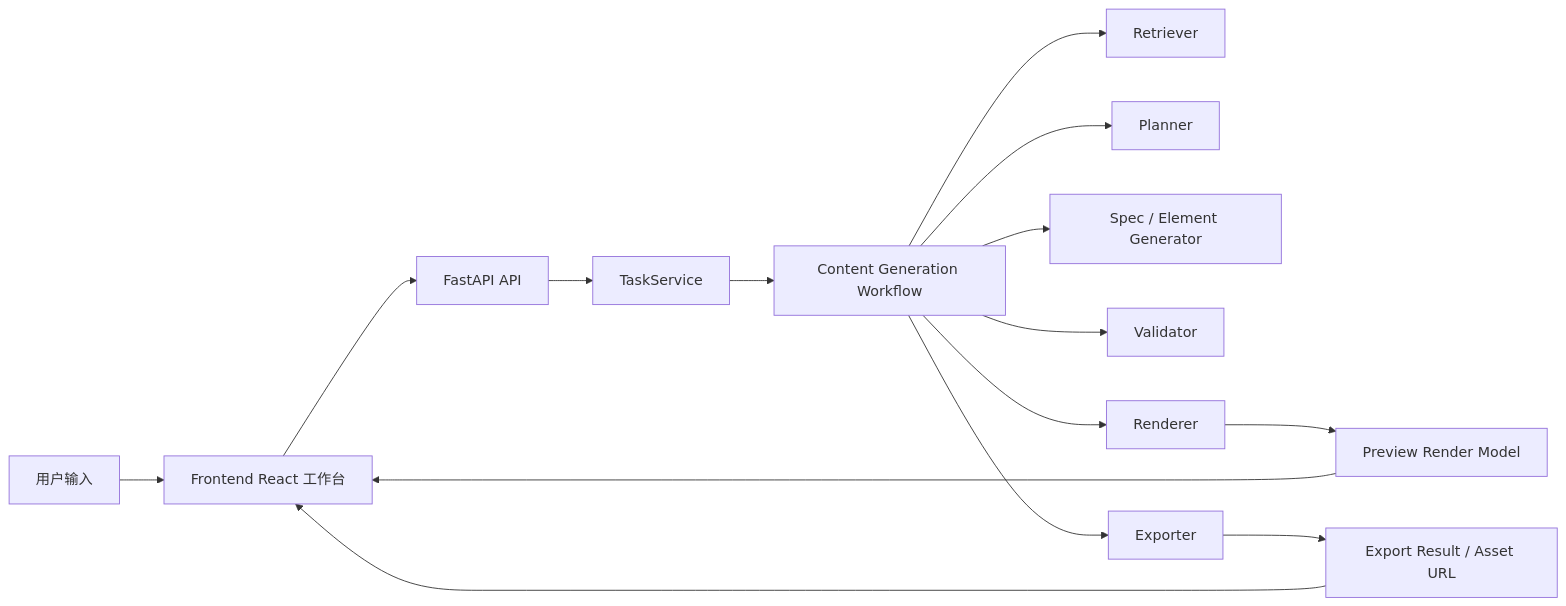
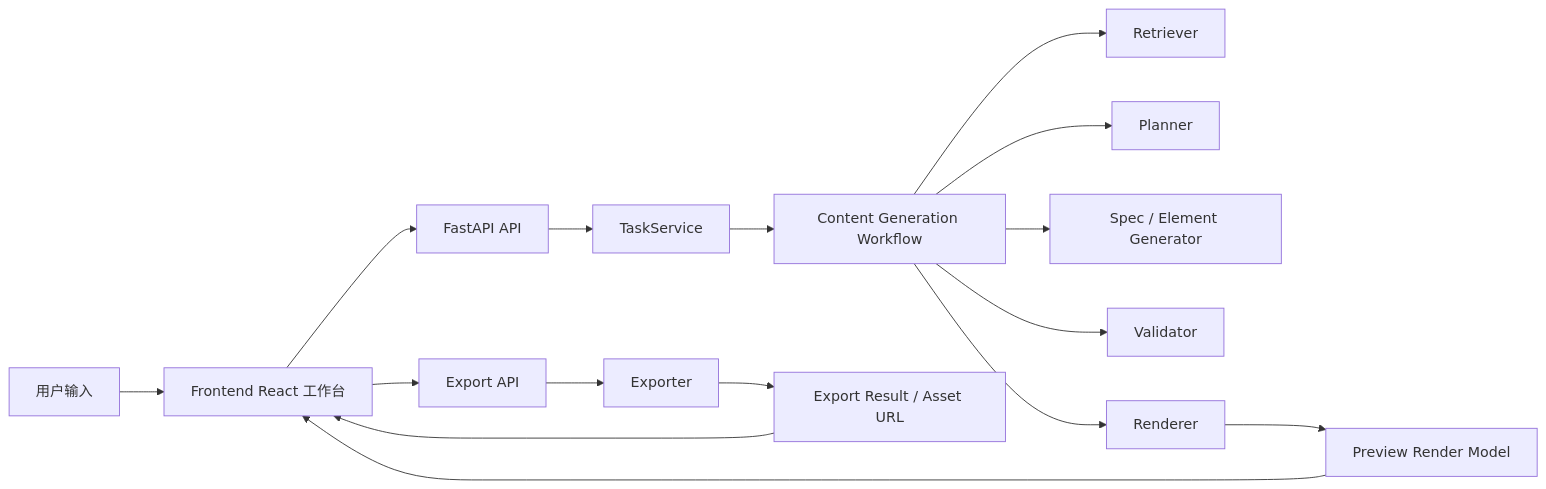
One commit to Weilan0811/learncraft changed the diagram in docs/introduction.md. Above: the diagram before and after it, drawn with Mermaid. The commit also changed other lines of this file and 12 other files, not shown here.

````diff
--- a/docs/introduction.md
+++ b/docs/introduction.md
@@ -40,17 +39,18 @@
 ```mermaid
 flowchart LR
   User["用户输入"] --> Frontend["Frontend React 工作台"]
   Frontend --> API["FastAPI API"]
   API --> TaskService["TaskService"]
   TaskService --> Workflow["Content Generation Workflow"]
   Workflow --> Retriever["Retriever"]
   Workflow --> Planner["Planner"]
   Workflow --> Generator["Spec / Element Generator"]
   Workflow --> Validator["Validator"]
   Workflow --> Renderer["Renderer"]
-  Workflow --> Exporter["Exporter"]
   Renderer --> Preview["Preview Render Model"]
+  Frontend --> ExportAPI["Export API"]
+  ExportAPI --> Exporter["Exporter"]
   Exporter --> File["Export Result / Asset URL"]
   Preview --> Frontend
   File --> Frontend
 ```
````
